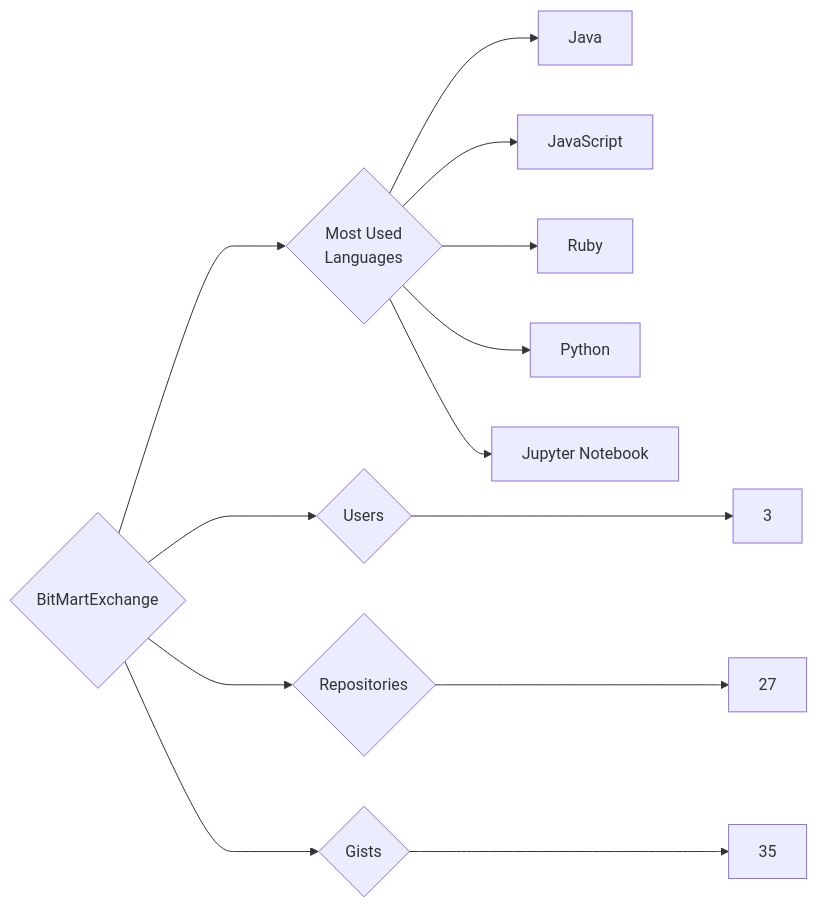
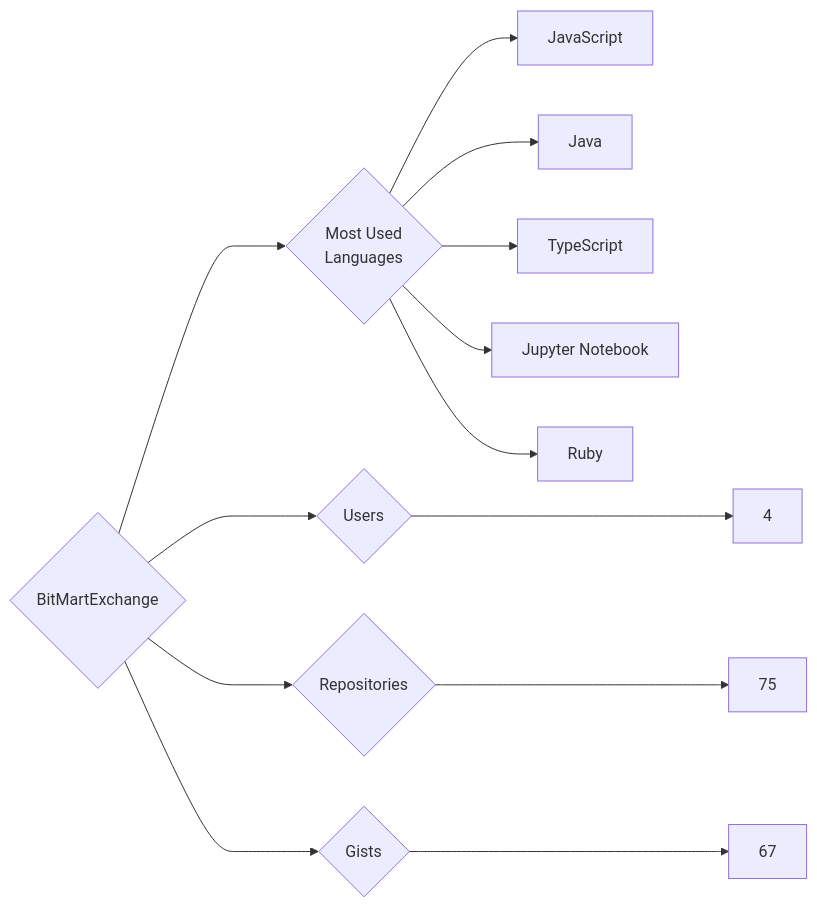
The diagram in targets/BitMartExchange/README.md (trickest/insiders), drawn with Mermaid before and after one commit. The commit also changed 1030 other files, not shown here.

````diff
--- a/targets/BitMartExchange/README.md
+++ b/targets/BitMartExchange/README.md
@@ -3,13 +3,13 @@
 ```mermaid
 graph LR
 COMPANY_NAME{BitMartExchange}
-COMPANY_NAME ---> U{Users} ---> UN[3]
-COMPANY_NAME ---> R{Repositories} ---> RN[27]
-COMPANY_NAME ---> G{Gists} ---> GN[35]
+COMPANY_NAME ---> U{Users} ---> UN[4]
+COMPANY_NAME ---> R{Repositories} ---> RN[75]
+COMPANY_NAME ---> G{Gists} ---> GN[67]
 COMPANY_NAME ---> ML{Most Used<br>Languages}
+ML --> JavaScript[JavaScript]
 ML --> Java[Java]
-ML --> JavaScript[JavaScript]
+ML --> TypeScript[TypeScript]
+ML --> Jupyter_Notebook[Jupyter Notebook]
 ML --> Ruby[Ruby]
-ML --> Python[Python]
-ML --> Jupyter_Notebook[Jupyter Notebook]
 ```
````
